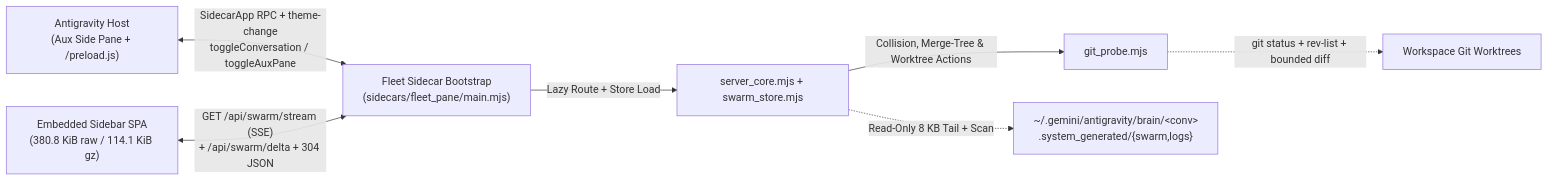
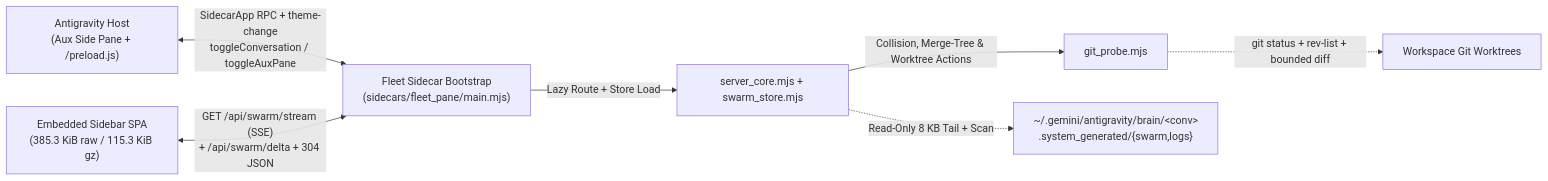
Before and after one commit to cayleb-james2008/dsh-fleet: the diagram in README.md, drawn with Mermaid. The commit also changed other lines of this file and 15 other files, not shown here.

````diff
--- a/README.md
+++ b/README.md
@@ -109,9 +118,9 @@
 ```mermaid
 flowchart LR
     Host["Antigravity Host<br/>(Aux Side Pane + /preload.js)"] <-->|"SidecarApp RPC + theme-change<br/>toggleConversation / toggleAuxPane"| Backend["Fleet Sidecar Bootstrap<br/>(sidecars/fleet_pane/main.mjs)"]
-    UI["Embedded Sidebar SPA<br/>(380.8 KiB raw / 114.1 KiB gz)"] <-->|"GET /api/swarm/stream (SSE)<br/>+ /api/swarm/delta + 304 JSON"| Backend
+    UI["Embedded Sidebar SPA<br/>(385.3 KiB raw / 115.3 KiB gz)"] <-->|"GET /api/swarm/stream (SSE)<br/>+ /api/swarm/delta + 304 JSON"| Backend
     Backend -->|"Lazy Route + Store Load"| Core["server_core.mjs + swarm_store.mjs"]
     Core -->|"Collision, Merge-Tree & Worktree Actions"| Git["git_probe.mjs"]
     Core -.->|"Read-Only 8 KB Tail + Scan"| Brain["~/.gemini/antigravity/brain/&lt;conv&gt;<br/>.system_generated/{swarm,logs}"]
     Git -.->|"git status + rev-list + bounded diff"| WT["Workspace Git Worktrees"]
 ```
````
